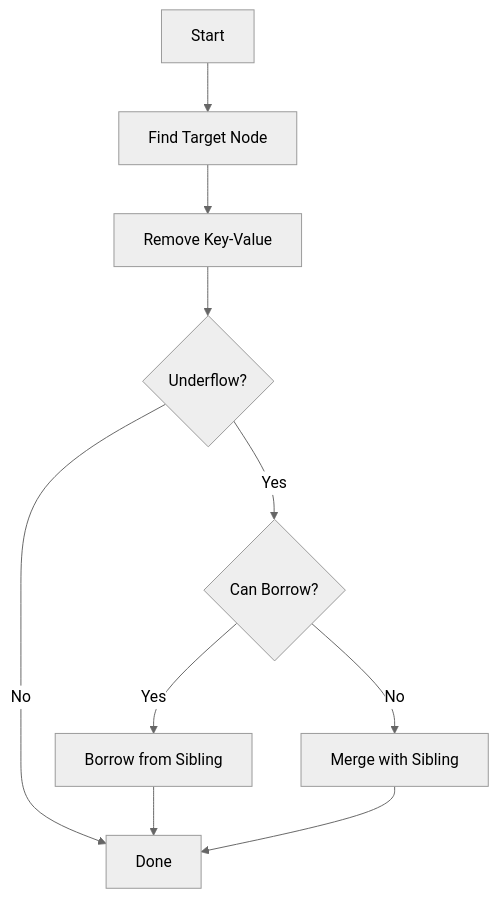
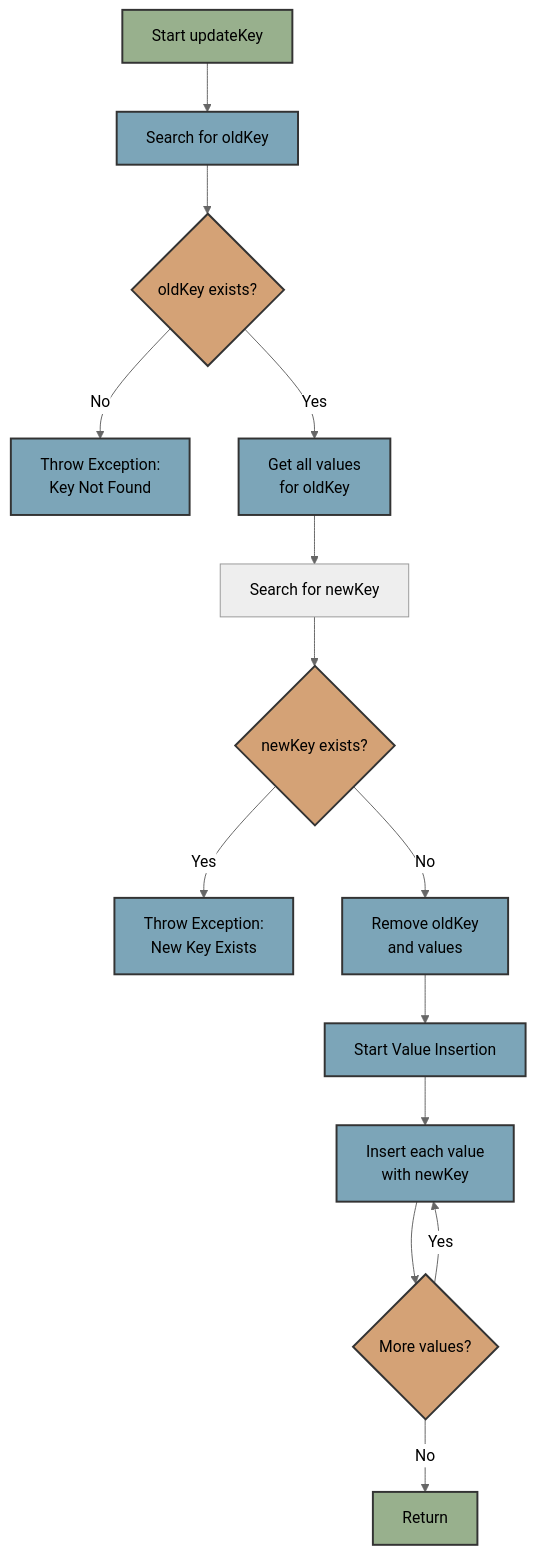
The sixth of 6 diagrams in docs/BPlusTree.md (Xskullibur/CS201-SmuSQL), drawn with Mermaid (neutral theme) before and after one commit. The commit also changed other lines of this file and 6 other files, not shown here.

````diff
--- a/docs/BPlusTree.md
+++ b/docs/BPlusTree.md
@@ -263,12 +365,27 @@
 ```mermaid
 graph TD
-    A[Start] --> B[Find Target Node]
-    B --> C[Remove Key-Value]
-    C --> D{Underflow?}
-    D -->|Yes| E{Can Borrow?}
-    E -->|Yes| F[Borrow from Sibling]
-    E -->|No| G[Merge with Sibling]
-    D -->|No| H[Done]
-    F --> H
-    G --> H
+    A[Start updateKey] --> B[Search for oldKey]
+    B --> C{oldKey exists?}
+    C -->|No| D[Throw Exception:<br>Key Not Found]
+    C -->|Yes| E[Get all values<br>for oldKey]
+    E --> F[Search for newKey]
+    F --> G{newKey exists?}
+    G -->|Yes| H[Throw Exception:<br>New Key Exists]
+    G -->|No| I[Remove oldKey<br>and values]
+    I --> J[Start Value Insertion]
+    J --> K[Insert each value<br>with newKey]
+    K --> L{More values?}
+    L -->|Yes| K
+    L -->|No| M[Return]
+
+    %% Style Definitions
+    classDef process fill:#7ca5b8,stroke:#333,stroke-width:2px,color:#000;
+    classDef decision fill:#d4a276,stroke:#333,stroke-width:2px,color:#000;
+    classDef terminal fill:#98b08d,stroke:#333,stroke-width:2px,color:#000;
+
+    %% Apply Styles
+    class A,M terminal;
+    class B,E,I,J,K process;
+    class C,G,L decision;
+    class D,H process;
 ```
````
